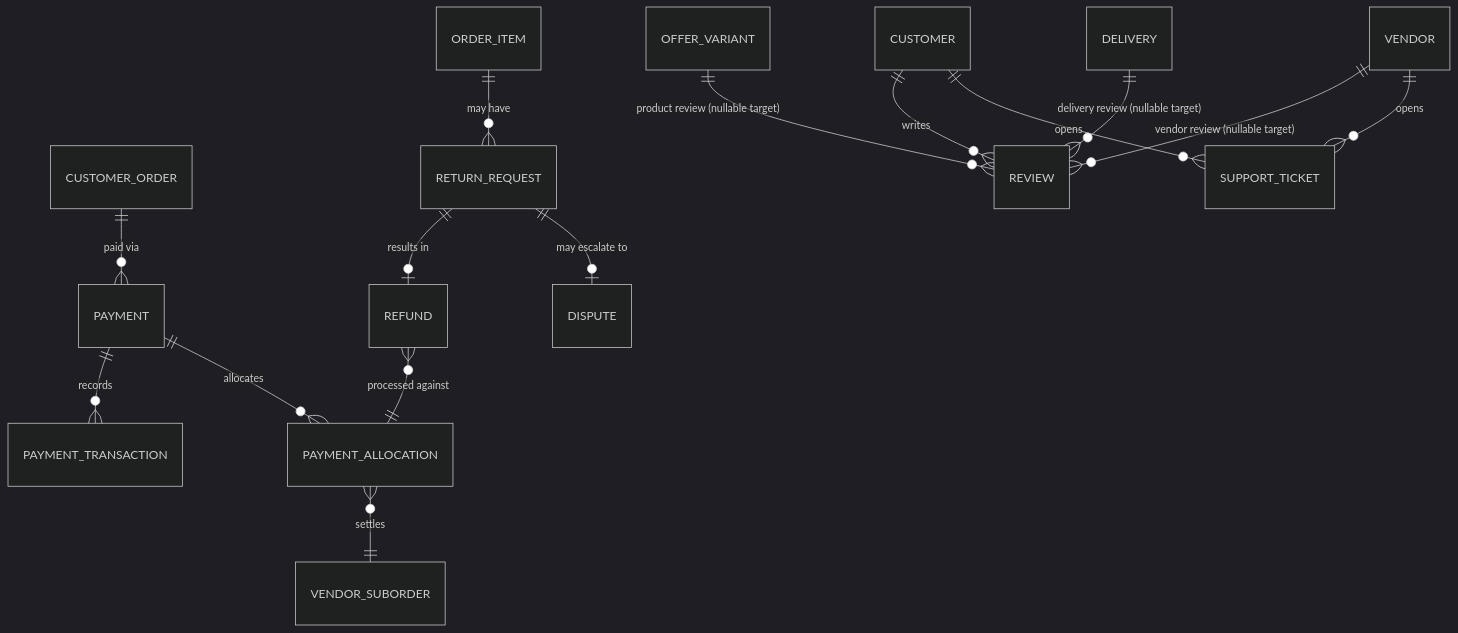
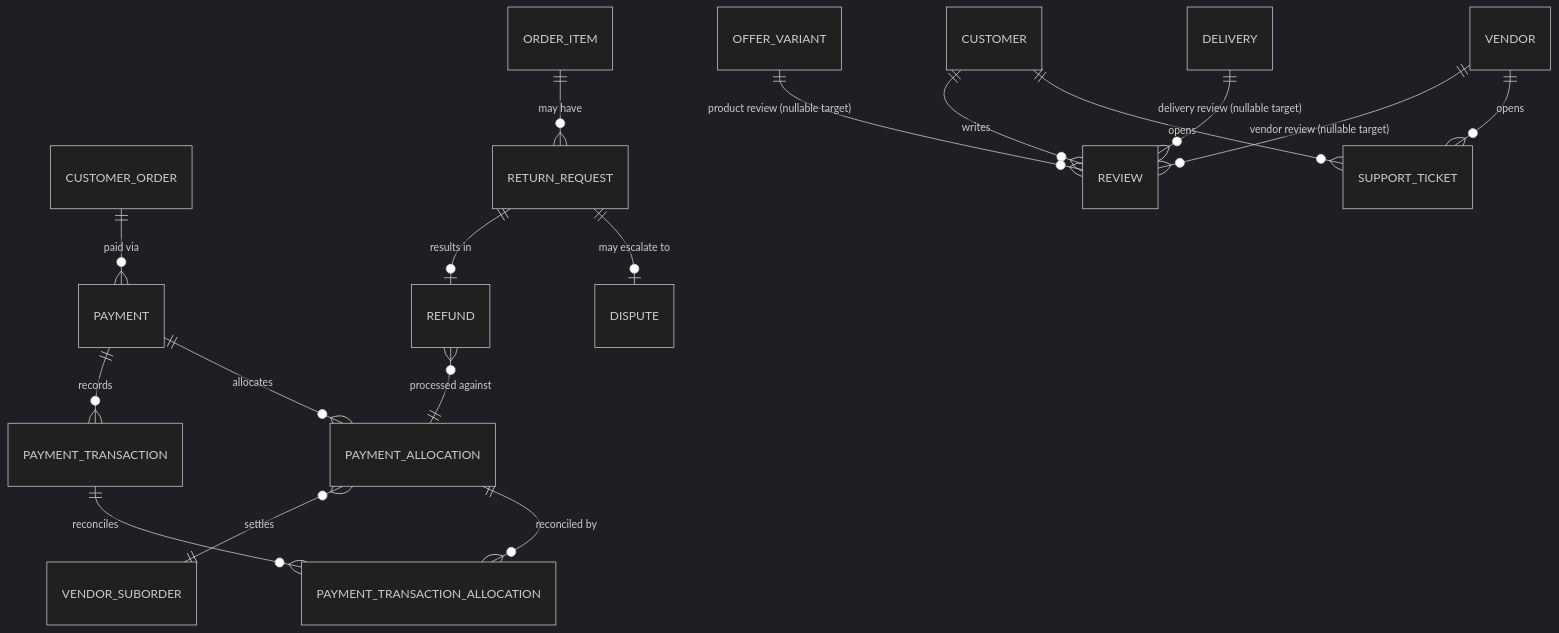
Before and after one commit to FINALTALA/FINALPRO: the fourth of 4 diagrams in docs/srs/03-business-rules-data-model.md, drawn with Mermaid (dark theme). The commit also changed other lines of this file, not shown here.

Commit message:
Add PaymentTransactionAllocation to reconcile gateway transactions per suborder
Per Codex's carry-forward note: without this join table, a capture or
refund's gateway reference had no way to reconcile back to a specific
VendorSuborder's PaymentAllocation in a multi-vendor payment. The join
table works under either resolution of OPEN-007 - one row per
(transaction, allocation) if the gateway charges per vendor/currency,
or several rows against one blended transaction if it charges once.

````diff
--- a/docs/srs/03-business-rules-data-model.md
+++ b/docs/srs/03-business-rules-data-model.md
@@ -95,17 +95,19 @@
 ```mermaid
 erDiagram
     CUSTOMER_ORDER ||--o{ PAYMENT : "paid via"
     PAYMENT ||--o{ PAYMENT_TRANSACTION : records
     PAYMENT ||--o{ PAYMENT_ALLOCATION : allocates
     PAYMENT_ALLOCATION }o--|| VENDOR_SUBORDER : "settles"
+    PAYMENT_TRANSACTION ||--o{ PAYMENT_TRANSACTION_ALLOCATION : reconciles
+    PAYMENT_ALLOCATION ||--o{ PAYMENT_TRANSACTION_ALLOCATION : "reconciled by"
     ORDER_ITEM ||--o{ RETURN_REQUEST : "may have"
     RETURN_REQUEST ||--o| REFUND : "results in"
     REFUND }o--|| PAYMENT_ALLOCATION : "processed against"
     CUSTOMER ||--o{ REVIEW : writes
     OFFER_VARIANT ||--o{ REVIEW : "product review (nullable target)"
     VENDOR ||--o{ REVIEW : "vendor review (nullable target)"
     DELIVERY ||--o{ REVIEW : "delivery review (nullable target)"
     CUSTOMER ||--o{ SUPPORT_TICKET : opens
     VENDOR ||--o{ SUPPORT_TICKET : opens
     RETURN_REQUEST ||--o| DISPUTE : "may escalate to"
 ```
````
